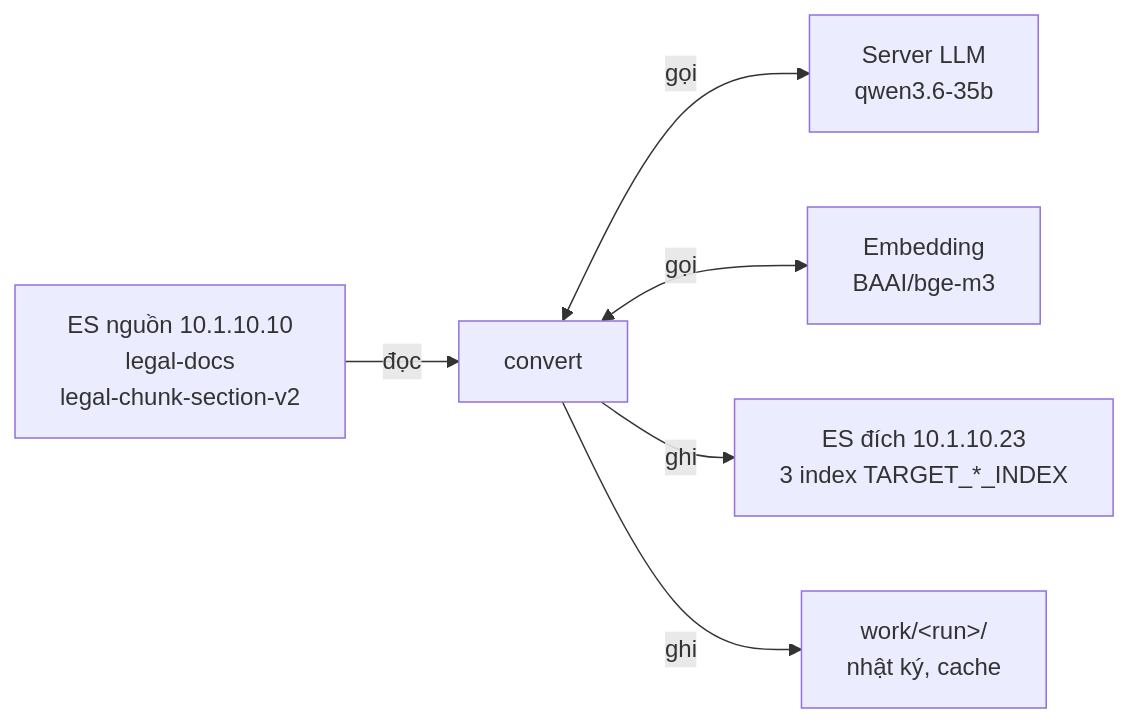
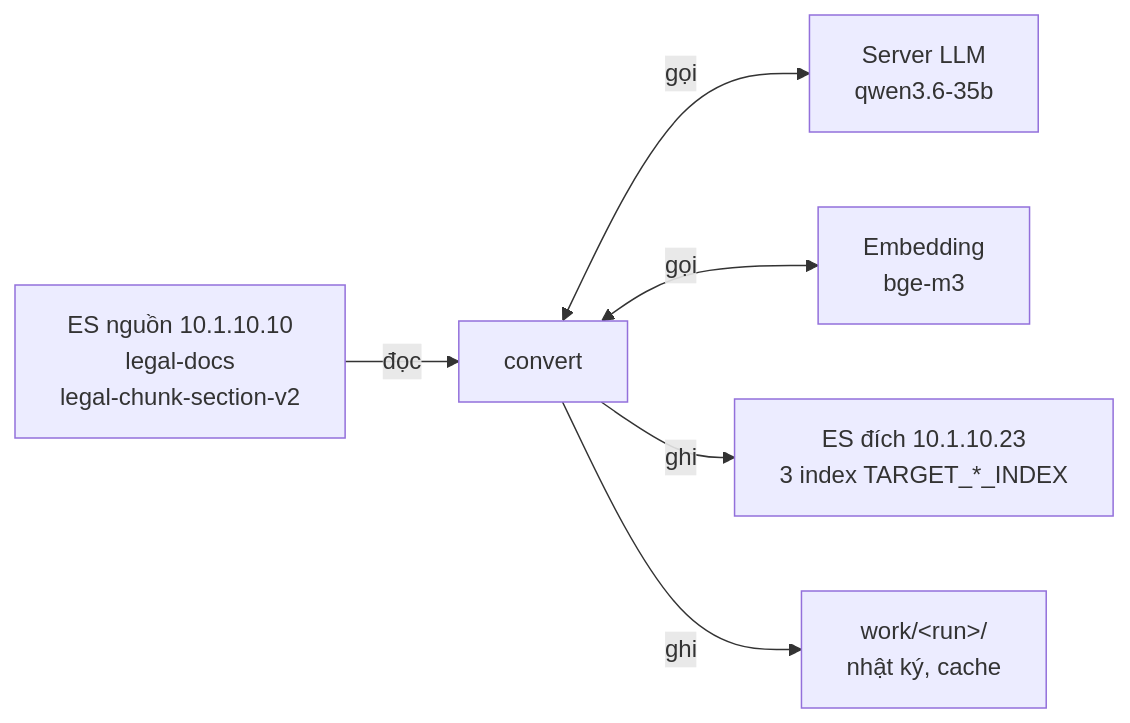
One commit to Vuminhnhat11224897/data_conversion changed the first of 3 diagrams in docs/02-luong-hoat-dong.md. Above: the diagram before and after it, drawn with Mermaid. The commit also changed other lines of this file and 16 other files, not shown here.

````diff
--- a/docs/02-luong-hoat-dong.md
+++ b/docs/02-luong-hoat-dong.md
@@ -15,8 +15,8 @@
 ```mermaid
 flowchart LR
   SRC["ES nguồn 10.1.10.10<br/>legal-docs<br/>legal-chunk-section-v2"] -->|đọc| CV["convert"]
   CV <-->|gọi| LLM["Server LLM<br/>qwen3.6-35b"]
-  CV <-->|gọi| EMB["Embedding<br/>BAAI/bge-m3"]
+  CV <-->|gọi| EMB["Embedding<br/>bge-m3"]
   CV -->|ghi| DST["ES đích 10.1.10.23<br/>3 index TARGET_*_INDEX"]
   CV -->|ghi| WRK["work/&lt;run&gt;/<br/>nhật ký, cache"]
 ```
````
